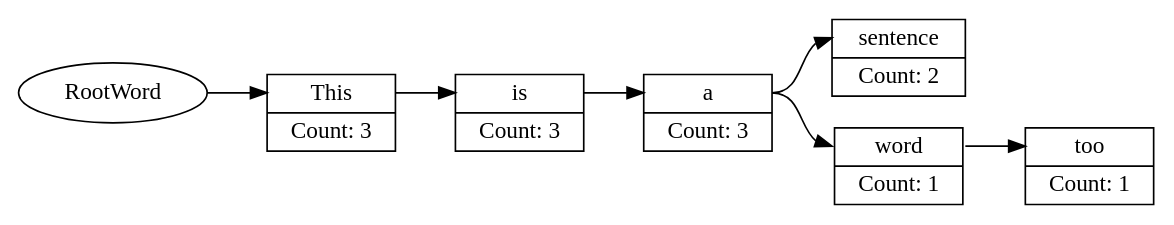
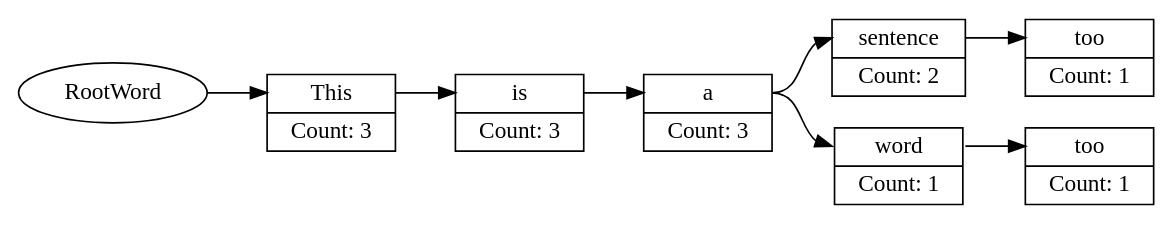
Before and after one commit to BrentWilkins/FakeSentences: the diagram in FakeSentences/simpleTree.dot, drawn with Graphviz. The commit also changed 5 other files, not shown here.

```diff
--- a/FakeSentences/simpleTree.dot
+++ b/FakeSentences/simpleTree.dot
@@ -1,23 +1,25 @@
 digraph G {
   /* size = "4,4"; */
   rankdir=LR;
   node0 [label = "<f0> This | <f1> Count: 3", shape=record];
   node1 [label = "<f0> is | <f1> Count: 3", shape=record];
   node2 [label = "<f0> a | <f1> Count: 3",height=0.5, shape=record];
   node3 [label = "<f0> sentence | <f1> Count: 2",height=0.5, shape=record];
   node4 [label = "<f0> word | <f1> Count: 1",height=0.5, shape=record];
   node5 [label = "<f0> too | <f1> Count: 1",height=0.5, shape=record];
+  node6 [label = "<f0> too | <f1> Count: 1",height=0.5, shape=record];
 
   RootWord -> node0:f0;
   node0:f0 -> node1:f0;
   node1:f0 -> node2:f0;
   node2:f0 -> node3:f0;
   node2:f0 -> node4:f0;
   node4:f0 -> node5:f0;
+  node3:f0 -> node6:f0;
 }
 
 /*
 This is a sentence.
 This is a sentence too.
-This is a word.
+This is a word too.
 */
```
